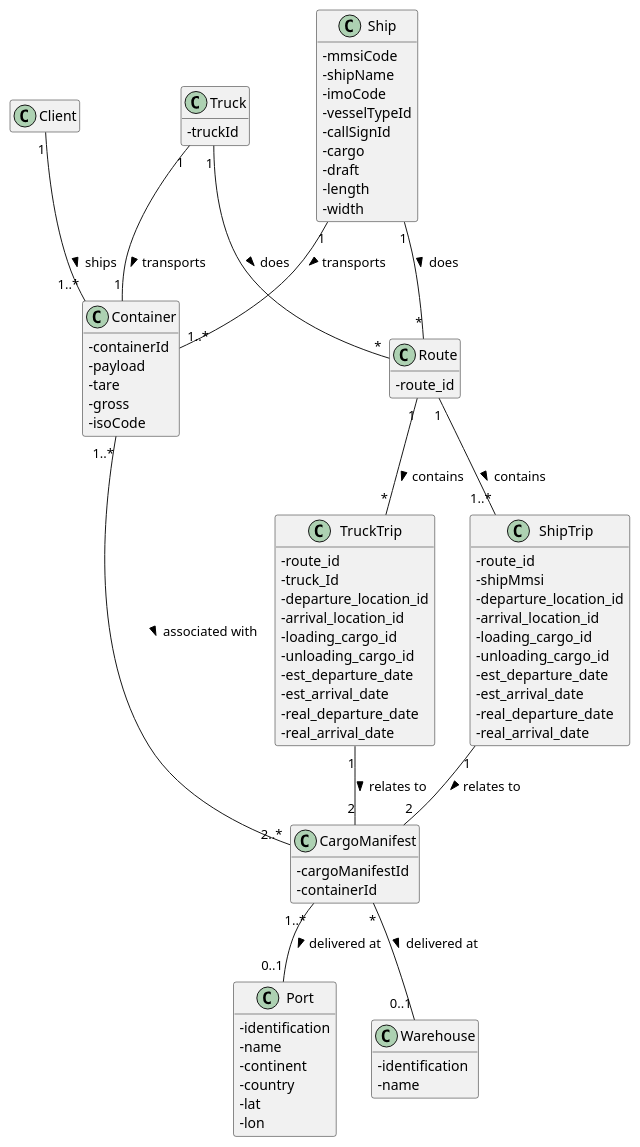
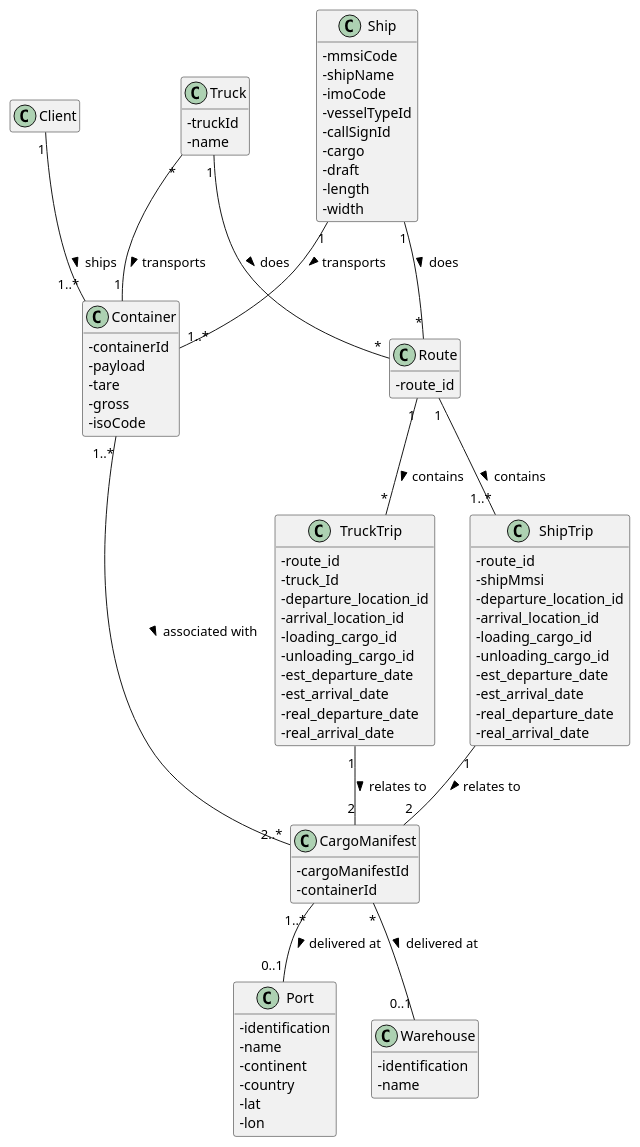
Before and after one commit to ana-albergaria/LAPR3-ISEP: the diagram in docs/Sprint 3/US305/US305_DM.puml, drawn with PlantUML. The commit also changed 3 other files, not shown here.

```diff
--- a/docs/Sprint 3/US305/US305_DM.puml
+++ b/docs/Sprint 3/US305/US305_DM.puml
@@ -1,105 +1,106 @@
 @startuml
 
 skinparam classAttributeIconSize 0
 hide empty methods
 hide empty attributes
 
 class Client {}
 
 class Container {
    -containerId
    -payload
    -tare
    -gross
    -isoCode
 }
 
 class CargoManifest {
     -cargoManifestId
     -containerId
 }
 
 class Ship {
     -mmsiCode
     -shipName
     -imoCode
     -vesselTypeId
     -callSignId
     -cargo
     -draft
     -length
     -width
 }
 
 class ShipTrip{
     -route_id
     -shipMmsi
     /'has attribute phase?'/
     -departure_location_id
     -arrival_location_id
     -loading_cargo_id
     -unloading_cargo_id
     -est_departure_date
     -est_arrival_date
     -real_departure_date
     -real_arrival_date
 }
 
 class Port {
     -identification
     -name
     -continent
     -country
     -lat
     -lon
 }
 
 /'new'/
 class Truck {
     -truckId
+    -name
 }
 
 class Route {
     -route_id
 }
 
 class TruckTrip{
     -route_id
     -truck_Id
     /'has attribute phase?'/
     -departure_location_id
     -arrival_location_id
     -loading_cargo_id
     -unloading_cargo_id
     -est_departure_date
     -est_arrival_date
     -real_departure_date
     -real_arrival_date
 }
 
 class Warehouse {
     -identification
     -name
 }
 
 
 Client "1" -- "1..*" Container : ships >
 Container "1..*"-- "2..*" CargoManifest : associated with >
 Ship "1" -- "1..*" Container : transports >
 CargoManifest "1..*" -- "0..1" Port : delivered at >
 CargoManifest "*" -- "0..1" Warehouse : delivered at >
 Ship "1" -- "*" Route : does >
 Route "1" -- "1..*" ShipTrip : contains >
 /'ShipTrip "*" -- "1" Port : to >'/
 /'pode ter --- em baixo'/
 ShipTrip "1" -- "2" CargoManifest : relates to >
-Truck "1" -- "1" Container : transports >
+Truck "*" -- "1" Container : transports >
 Truck "1" -- "*" Route : does >
 Route "1" -- "*" TruckTrip : contains >
 TruckTrip "1" -- "2" CargoManifest : relates to >
 /'TruckTrip "*" -- "0..1" Warehouse : to >
 TruckTrip "*" -- "0..1" Port : to >'/
 
 
 
 @enduml
```
